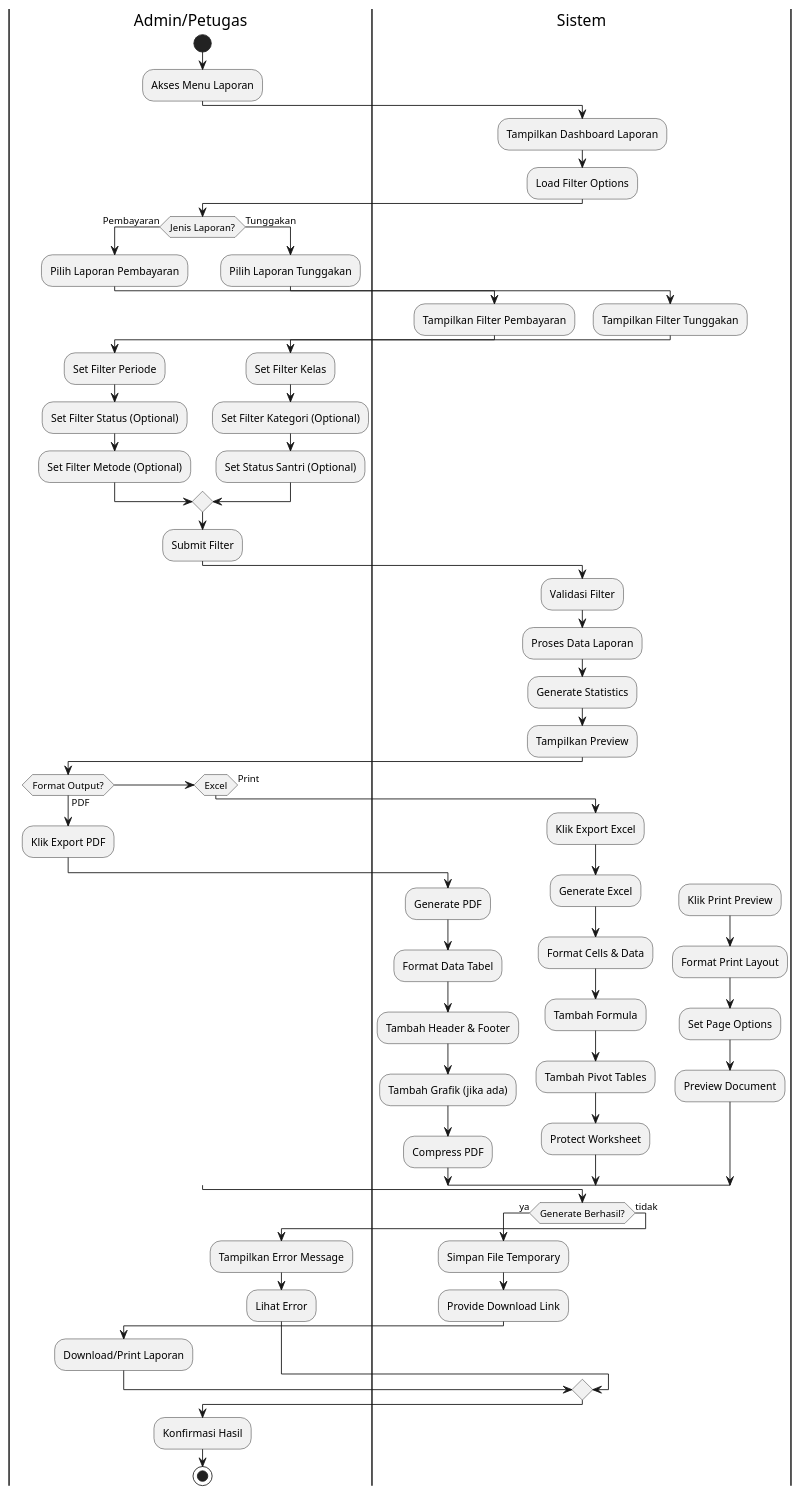
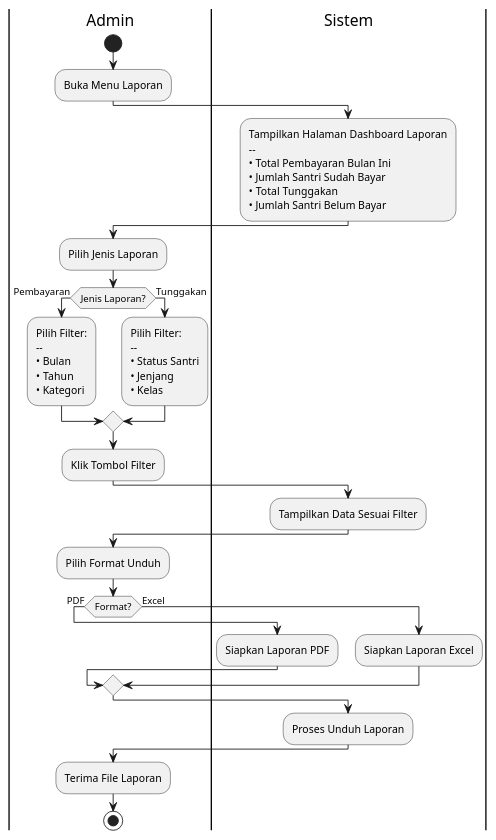
One commit to faruq-idn/SPP-JNJ changed the diagram in diagrams/activity_laporan.puml. Above: the diagram before and after it, drawn with PlantUML. The commit also changed 6 other files, not shown here.

Commit message:
feat(diagrams): update activity diagrams for kategori, kelas, laporan, users, and wali with improved clarity and new functionalities

```diff
--- a/diagrams/activity_laporan.puml
+++ b/diagrams/activity_laporan.puml
@@ -1,93 +1,56 @@
-@startuml Kelola Laporan
+@startuml Melihat dan Mengunduh Laporan
 
-|Admin/Petugas|
+|Admin|
 start
 
-:Akses Menu Laporan;
+:Buka Menu Laporan;
 
 |Sistem|
-:Tampilkan Dashboard Laporan;
-:Load Filter Options;
+:Tampilkan Halaman Dashboard Laporan
+--
+• Total Pembayaran Bulan Ini 
+• Jumlah Santri Sudah Bayar
+• Total Tunggakan
+• Jumlah Santri Belum Bayar;
 
-|Admin/Petugas|
+|Admin|
+:Pilih Jenis Laporan;
+
 if (Jenis Laporan?) then (Pembayaran)
-    :Pilih Laporan Pembayaran;
-    
-    |Sistem|
-    :Tampilkan Filter Pembayaran;
-    
-    |Admin/Petugas|
-    :Set Filter Periode;
-    :Set Filter Status (Optional);
-    :Set Filter Metode (Optional);
-    
+    :Pilih Filter:
+    --
+    • Bulan
+    • Tahun
+    • Kategori;
 else (Tunggakan)
-    :Pilih Laporan Tunggakan;
-    
-    |Sistem|
-    :Tampilkan Filter Tunggakan;
-    
-    |Admin/Petugas|
-    :Set Filter Kelas;
-    :Set Filter Kategori (Optional);
-    :Set Status Santri (Optional);
+    :Pilih Filter:
+    --
+    • Status Santri
+    • Jenjang
+    • Kelas;
 endif
 
-|Admin/Petugas|
-:Submit Filter;
+:Klik Tombol Filter;
 
 |Sistem|
-:Validasi Filter;
-:Proses Data Laporan;
-:Generate Statistics;
-:Tampilkan Preview;
+:Tampilkan Data Sesuai Filter;
 
-|Admin/Petugas|
-if (Format Output?) then (PDF)
-    :Klik Export PDF;
-    
+|Admin|
+:Pilih Format Unduh;
+
+if (Format?) then (PDF)
     |Sistem|
-    :Generate PDF;
-    :Format Data Tabel;
-    :Tambah Header & Footer;
-    :Tambah Grafik (jika ada);
-    :Compress PDF;
-    
-elseif (Excel)
-    :Klik Export Excel;
-    
+    :Siapkan Laporan PDF;
+else (Excel)
     |Sistem|
-    :Generate Excel;
-    :Format Cells & Data;
-    :Tambah Formula;
-    :Tambah Pivot Tables;
-    :Protect Worksheet;
-    
-else (Print)
-    :Klik Print Preview;
-    
-    |Sistem|
-    :Format Print Layout;
-    :Set Page Options;
-    :Preview Document;
+    :Siapkan Laporan Excel;
 endif
 
-|Sistem|
-if (Generate Berhasil?) then (ya)
-    :Simpan File Temporary;
-    :Provide Download Link;
-    
-    |Admin/Petugas|
-    :Download/Print Laporan;
-else (tidak)
-    :Tampilkan Error Message;
-    
-    |Admin/Petugas|
-    :Lihat Error;
-endif
+:Proses Unduh Laporan;
 
-|Admin/Petugas|
-:Konfirmasi Hasil;
+|Admin|
+:Terima File Laporan;
+
 stop
 
 @enduml
```
